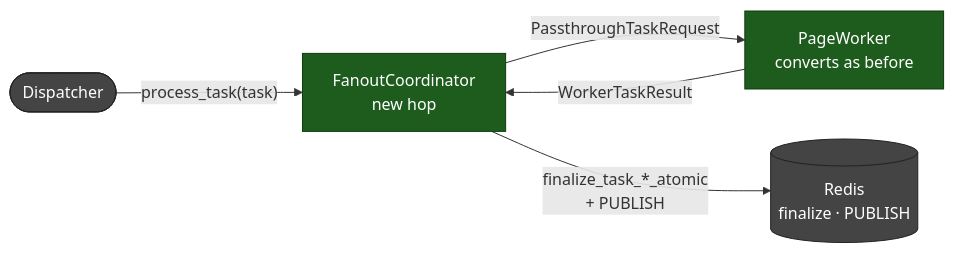
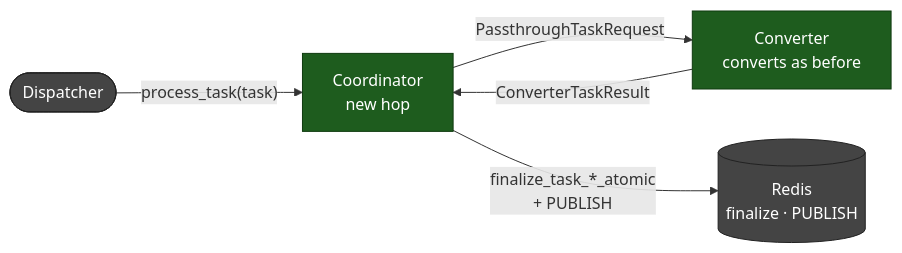
The second of 11 diagrams in docs/ray-orchestrator-architecture-page-slicing-delta.md (docling-project/docling-serve), drawn with Mermaid before and after one commit. The commit also changed other lines of this file, not shown here.

````diff
--- a/docs/ray-orchestrator-architecture-page-slicing-delta.md
+++ b/docs/ray-orchestrator-architecture-page-slicing-delta.md
@@ -77,15 +77,15 @@
 ```mermaid
 flowchart LR
     classDef new     fill:#1e5c1e,color:#fff,stroke:#0f3a0f
     classDef existed fill:#444,color:#fff,stroke:#222
 
     DISP(["Dispatcher"]):::existed
-    COORD["FanoutCoordinator\nnew hop"]:::new
-    WORK["PageWorker\nconverts as before"]:::new
+    COORD["Coordinator\nnew hop"]:::new
+    WORK["Converter\nconverts as before"]:::new
     REDIS[("Redis\nfinalize · PUBLISH")]:::existed
 
     DISP -- "process_task(task)" --> COORD
     COORD -- "PassthroughTaskRequest" --> WORK
-    WORK -- "WorkerTaskResult" --> COORD
+    WORK -- "ConverterTaskResult" --> COORD
     COORD -- "finalize_task_*_atomic\n+ PUBLISH" --> REDIS
 ```
````
